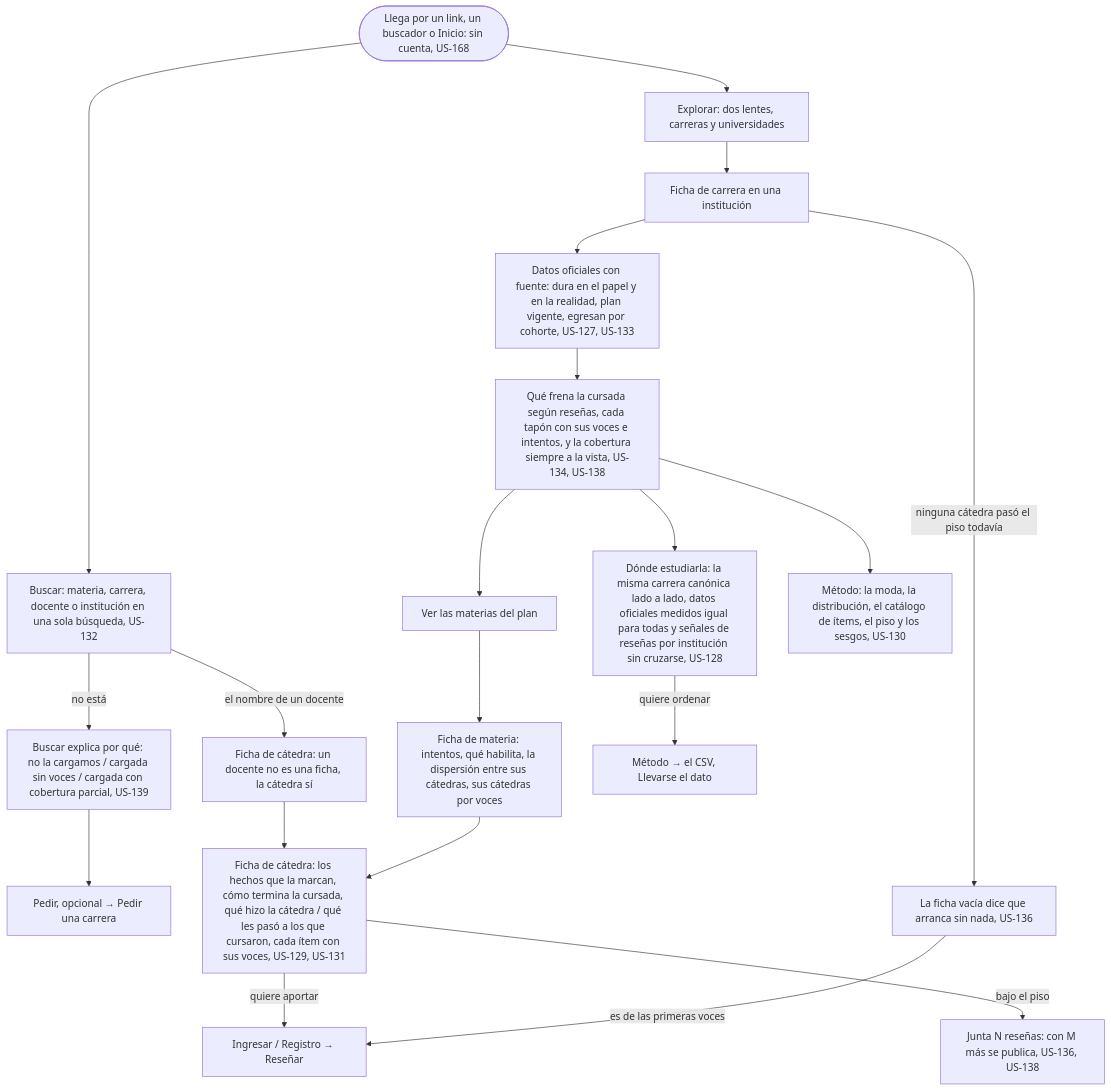
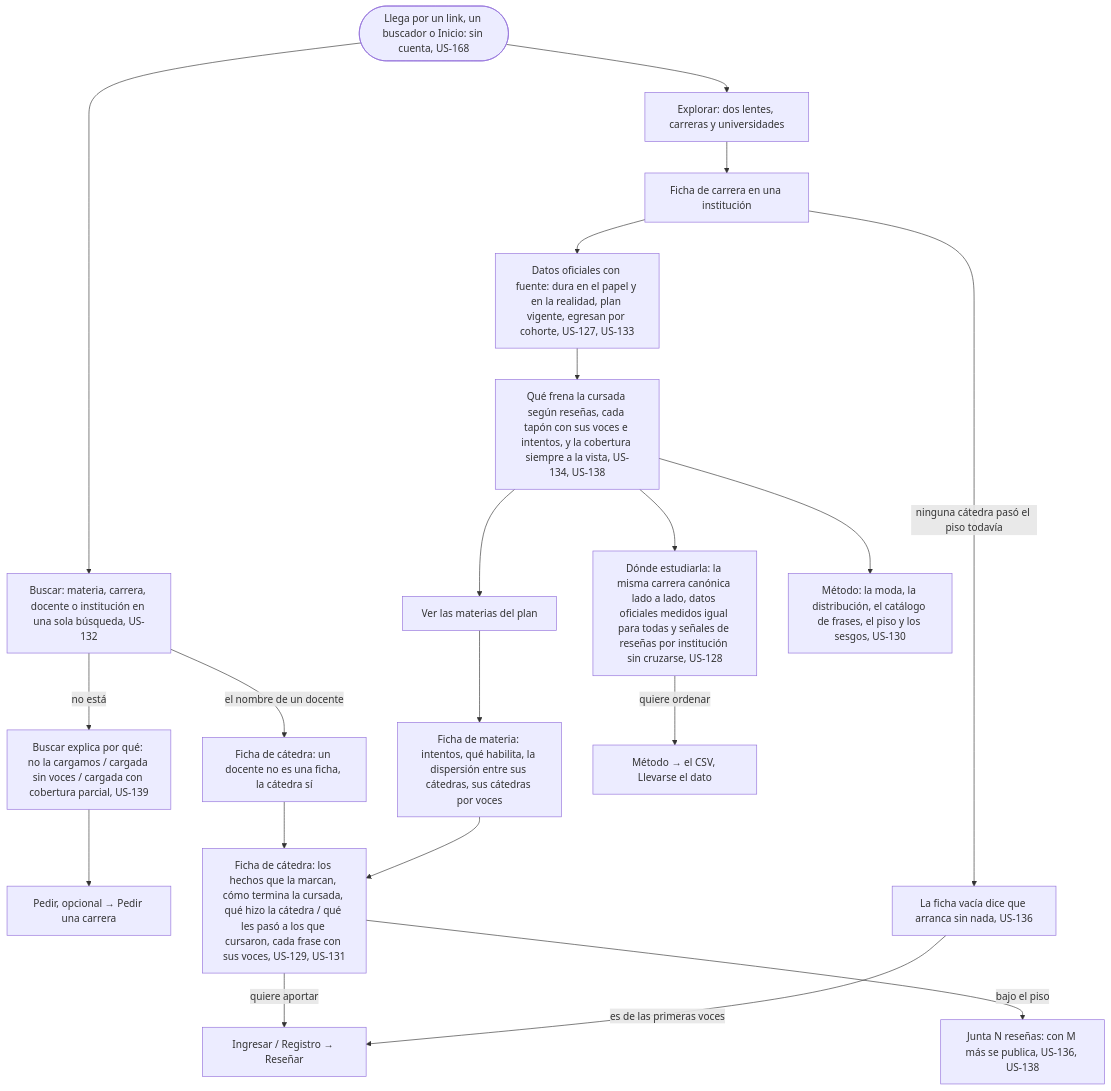
One commit to lucasidev/plan-b changed the diagram in docs/product/student/choose-where-to-study/flow.md. Above: the diagram before and after it, drawn with Mermaid. The commit also changed other lines of this file and 82 other files, not shown here.

````diff
--- a/docs/product/student/choose-where-to-study/flow.md
+++ b/docs/product/student/choose-where-to-study/flow.md
@@ -5,22 +5,22 @@
 ```mermaid
 flowchart TD
   A([Llega por un link, un buscador o Inicio: sin cuenta, US-168]) --> B[Explorar: dos lentes, carreras y universidades]
   A --> S[Buscar: materia, carrera, docente o institución en una sola búsqueda, US-132]
   S -->|el nombre de un docente| S1[Ficha de cátedra: un docente no es una ficha, la cátedra sí]
   S -->|no está| S2[Buscar explica por qué: no la cargamos / cargada sin voces / cargada con cobertura parcial, US-139]
   S2 --> S3[Pedir, opcional → Pedir una carrera]
   S1 --> E2
   B --> C[Ficha de carrera en una institución]
   C -->|ninguna cátedra pasó el piso todavía| C3[La ficha vacía dice que arranca sin nada, US-136]
   C --> C1[Datos oficiales con fuente: dura en el papel y en la realidad, plan vigente, egresan por cohorte, US-127, US-133]
   C1 --> C2[Qué frena la cursada según reseñas, cada tapón con sus voces e intentos, y la cobertura siempre a la vista, US-134, US-138]
   C2 --> D[Ver las materias del plan]
   D --> E[Ficha de materia: intentos, qué habilita, la dispersión entre sus cátedras, sus cátedras por voces]
-  E --> E2[Ficha de cátedra: los hechos que la marcan, cómo termina la cursada, qué hizo la cátedra / qué les pasó a los que cursaron, cada ítem con sus voces, US-129, US-131]
+  E --> E2[Ficha de cátedra: los hechos que la marcan, cómo termina la cursada, qué hizo la cátedra / qué les pasó a los que cursaron, cada frase con sus voces, US-129, US-131]
   E2 -->|bajo el piso| E1[Junta N reseñas: con M más se publica, US-136, US-138]
   C2 --> F[Dónde estudiarla: la misma carrera canónica lado a lado, datos oficiales medidos igual para todas y señales de reseñas por institución sin cruzarse, US-128]
   F -->|quiere ordenar| F2[Método → el CSV, Llevarse el dato]
-  C2 --> G[Método: la moda, la distribución, el catálogo de ítems, el piso y los sesgos, US-130]
+  C2 --> G[Método: la moda, la distribución, el catálogo de frases, el piso y los sesgos, US-130]
   E2 -->|quiere aportar| H[Ingresar / Registro → Reseñar]
   C3 -->|es de las primeras voces| H
 ```
````
